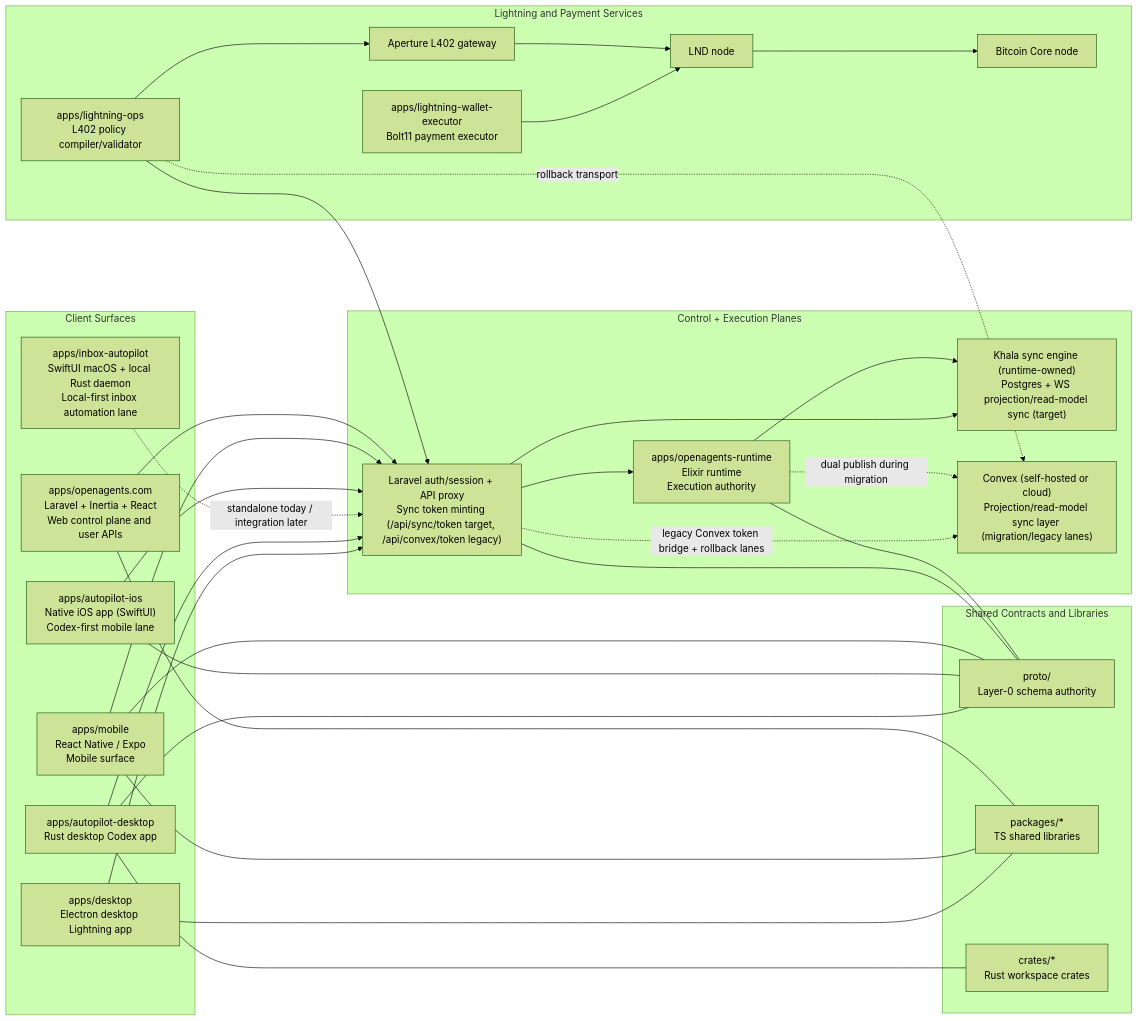
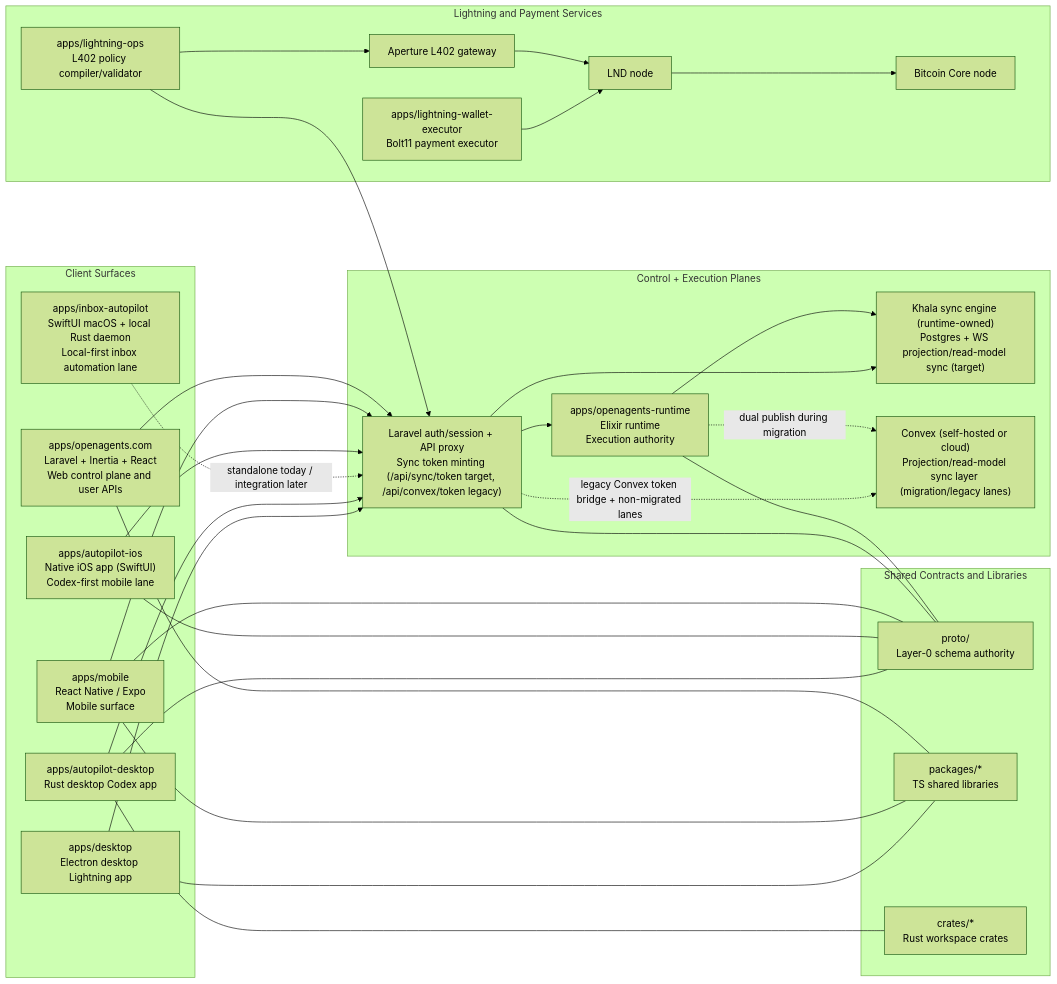
Before and after one commit to OpenAgentsInc/openagents: the diagram in docs/ARCHITECTURE.md, drawn with Mermaid (forest theme). The commit also changed other lines of this file and 26 other files, not shown here.

````diff
--- a/docs/ARCHITECTURE.md
+++ b/docs/ARCHITECTURE.md
@@ -15,62 +15,61 @@
 ```mermaid
 flowchart LR
   subgraph clients["Client Surfaces"]
     web["apps/openagents.com<br/>Laravel + Inertia + React<br/>Web control plane and user APIs"]
     mobile["apps/mobile<br/>React Native / Expo<br/>Mobile surface"]
     ios["apps/autopilot-ios<br/>Native iOS app (SwiftUI)<br/>Codex-first mobile lane"]
     inboxAutopilot["apps/inbox-autopilot<br/>SwiftUI macOS + local Rust daemon<br/>Local-first inbox automation lane"]
     rustDesktop["apps/autopilot-desktop<br/>Rust desktop Codex app"]
     electronDesktop["apps/desktop<br/>Electron desktop Lightning app"]
   end
 
   subgraph control["Control + Execution Planes"]
     runtime["apps/openagents-runtime<br/>Elixir runtime<br/>Execution authority"]
     khala["Khala sync engine (runtime-owned)<br/>Postgres + WS projection/read-model sync (target)"]
     convex["Convex (self-hosted or cloud)<br/>Projection/read-model sync layer (migration/legacy lanes)"]
     laravel["Laravel auth/session + API proxy<br/>Sync token minting (/api/sync/token target, /api/convex/token legacy)"]
   end
 
   subgraph lightning["Lightning and Payment Services"]
     lops["apps/lightning-ops<br/>L402 policy compiler/validator"]
     lwe["apps/lightning-wallet-executor<br/>Bolt11 payment executor"]
     lnd["LND node"]
     bitcoind["Bitcoin Core node"]
     aperture["Aperture L402 gateway"]
   end
 
   subgraph contracts["Shared Contracts and Libraries"]
     proto["proto/<br/>Layer-0 schema authority"]
     packages["packages/*<br/>TS shared libraries"]
     crates["crates/*<br/>Rust workspace crates"]
   end
 
   web --> laravel
   mobile --> laravel
   ios --> laravel
   inboxAutopilot -.->|"standalone today / integration later"| laravel
   rustDesktop --> laravel
   electronDesktop --> laravel
 
   laravel --> runtime
   runtime --> khala
   laravel --> khala
   runtime -.->|"dual publish during migration"| convex
-  laravel -.->|"legacy Convex token bridge + rollback lanes"| convex
+  laravel -.->|"legacy Convex token bridge + non-migrated lanes"| convex
 
   lops --> aperture
   lops --> laravel
-  lops -.->|"rollback transport"| convex
   aperture --> lnd
   lwe --> lnd
   lnd --> bitcoind
 
   runtime --- proto
   laravel --- proto
   mobile --- proto
   ios --- proto
   rustDesktop --- proto
   web --- packages
   mobile --- packages
   electronDesktop --- packages
   rustDesktop --- crates
 ```
````
